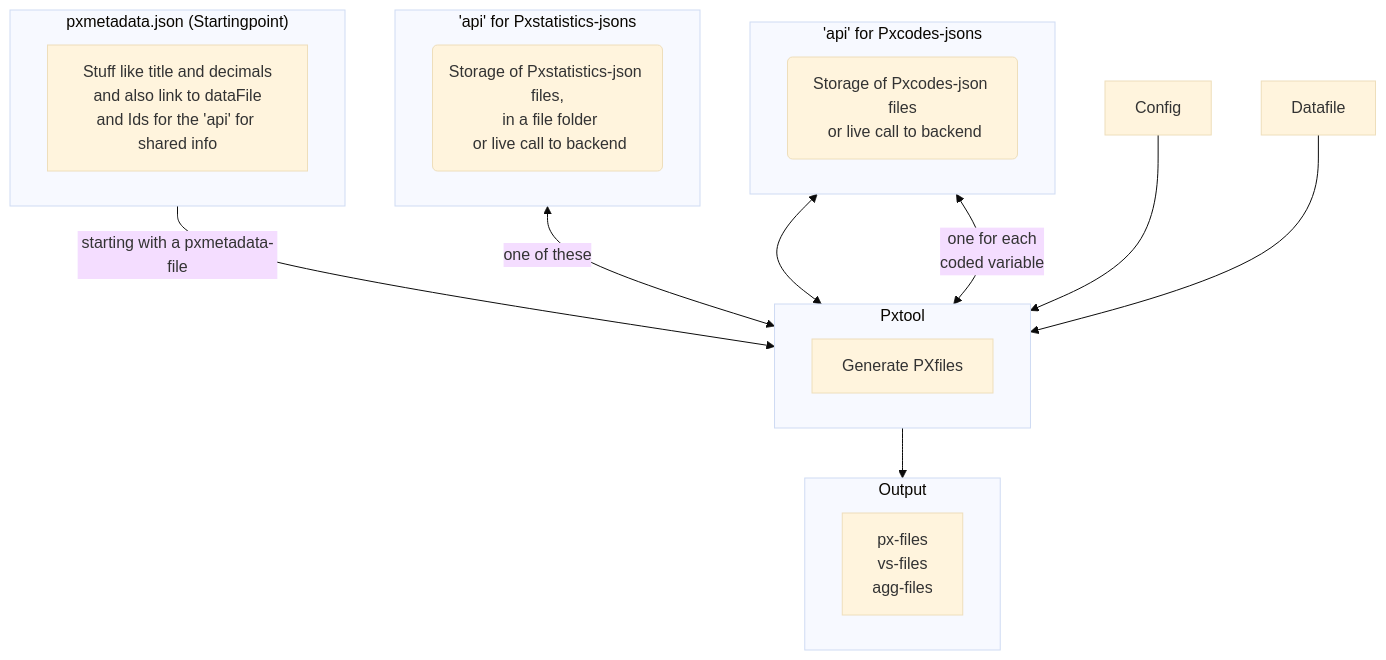
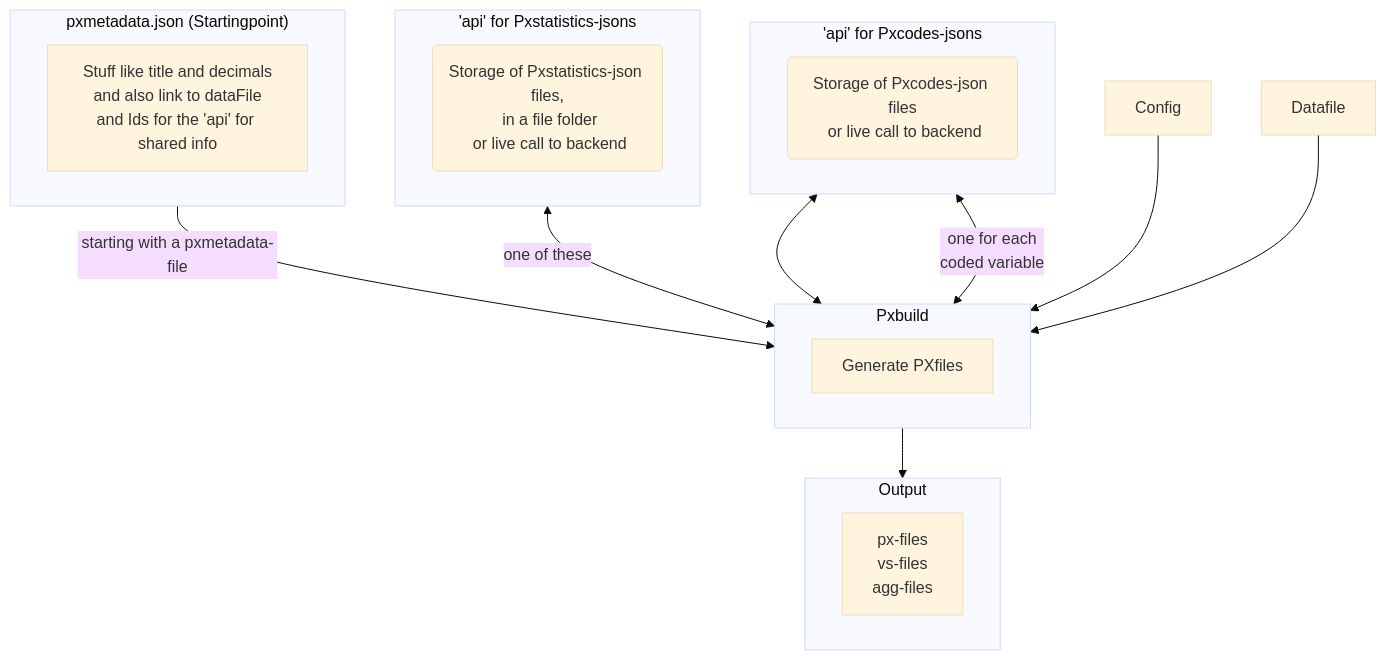
One commit to PxTools/PxBuild changed the diagram in README.md. Above: the diagram before and after it, drawn with Mermaid (base theme). The commit also changed 7 other files, not shown here.

````diff
--- a/README.md
+++ b/README.md
@@ -20,27 +20,27 @@
 ```mermaid
 flowchart TD
    subgraph M["pxmetadata.json (Startingpoint)"]
      M1["Stuff like title and decimals\n and also link to dataFile and Ids for the 'api' for shared info"]
    end 
    subgraph S["'api' for Pxstatistics-jsons"]
      PX_SR("Storage of Pxstatistics-json files,\n in a file folder\n or live call to backend")
    end
    subgraph C["'api' for Pxcodes-jsons"]
      D("Storage of Pxcodes-json files\n or live call to backend")
    end
 
-   subgraph T["Pxtool"]
+   subgraph T["Pxbuild"]
      T1["Generate PXfiles"]
    end
    subgraph O["Output"]
      O1["px-files \n vs-files \n agg-files"]
    end
    M --> |starting with a pxmetadata-file| T
    S <--> | one of these| T
    C <--> T
    C <--> | one for each\n coded variable | T
    Config --> T
    Datafile --> T
    T --> O
 
 ``` 
````
